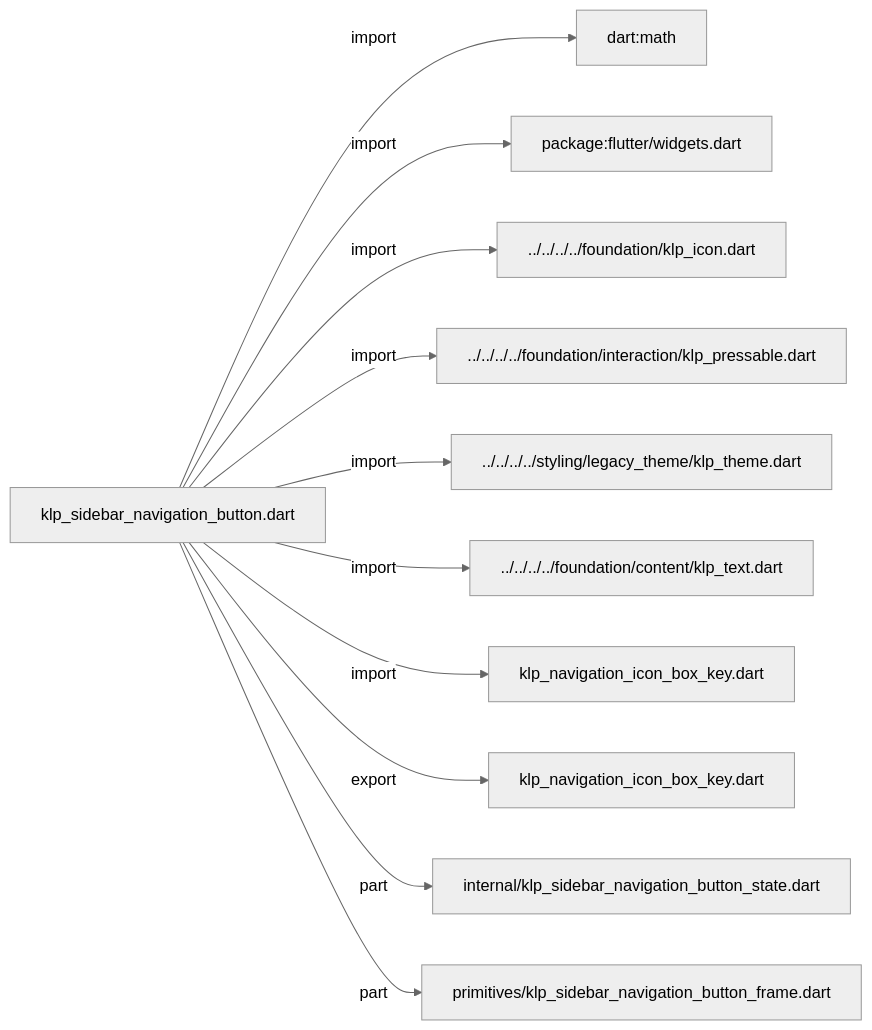
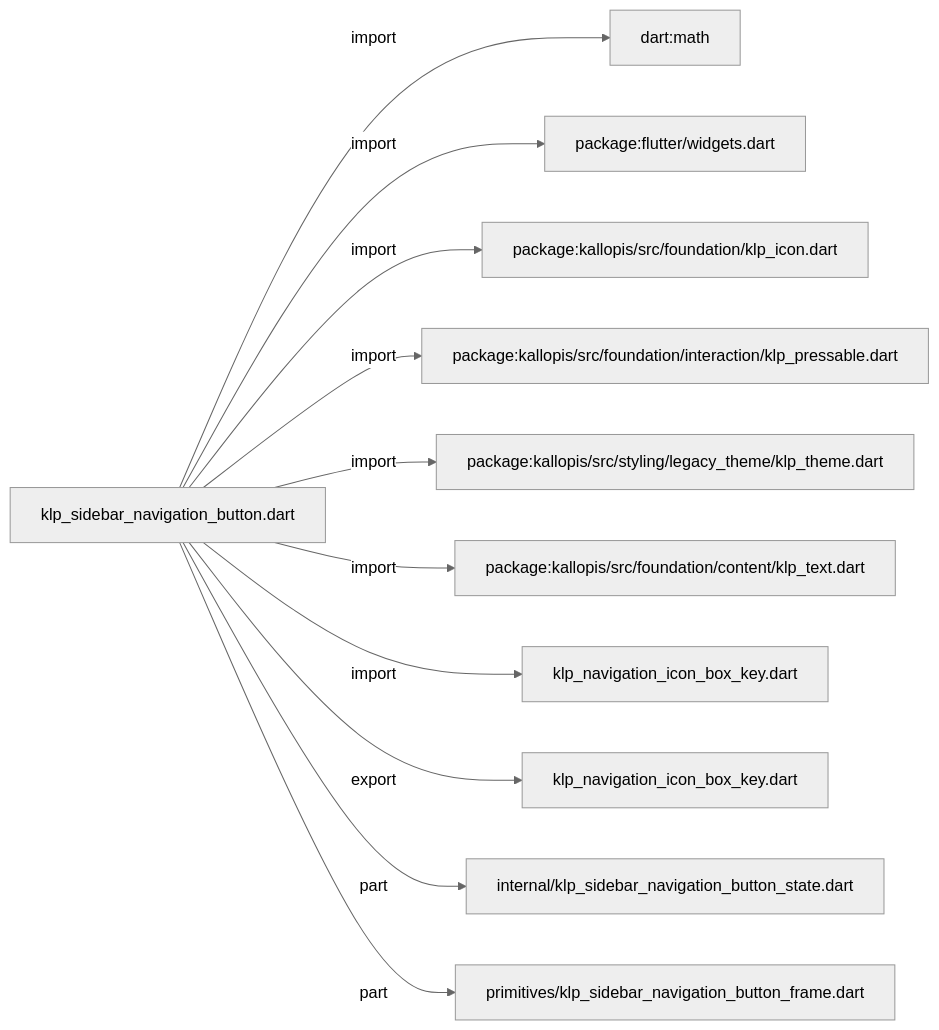
The first of 3 diagrams in docs/architecture/src/features/navigation/widgets/sidebar/klp_sidebar_navigation_button.md (MiuDog/Kallopis), drawn with Mermaid (neutral theme) before and after one commit. The commit also changed other lines of this file and 9688 other files, not shown here.

Commit message:
Prepare isolated Flow F2 peer baseline

````diff
--- a/docs/architecture/src/features/navigation/widgets/sidebar/klp_sidebar_navigation_button.md
+++ b/docs/architecture/src/features/navigation/widgets/sidebar/klp_sidebar_navigation_button.md
@@ -11,24 +11,24 @@
 ```mermaid
 flowchart LR
 	n0["klp_sidebar_navigation_button.dart"]
 	n1["dart:math"]
 	n2["package:flutter/widgets.dart"]
-	n3["../../../../foundation/klp_icon.dart"]
-	n4["../../../../foundation/interaction/klp_pressable.dart"]
-	n5["../../../../styling/legacy_theme/klp_theme.dart"]
-	n6["../../../../foundation/content/klp_text.dart"]
+	n3["package:kallopis/src/foundation/klp_icon.dart"]
+	n4["package:kallopis/src/foundation/interaction/klp_pressable.dart"]
+	n5["package:kallopis/src/styling/legacy_theme/klp_theme.dart"]
+	n6["package:kallopis/src/foundation/content/klp_text.dart"]
 	n7["klp_navigation_icon_box_key.dart"]
 	n8["klp_navigation_icon_box_key.dart"]
 	n9["internal/klp_sidebar_navigation_button_state.dart"]
 	n10["primitives/klp_sidebar_navigation_button_frame.dart"]
 	n0 -->|"import"| n1
 	n0 -->|"import"| n2
 	n0 -->|"import"| n3
 	n0 -->|"import"| n4
 	n0 -->|"import"| n5
 	n0 -->|"import"| n6
 	n0 -->|"import"| n7
 	n0 -->|"export"| n8
 	n0 -->|"part"| n9
 	n0 -->|"part"| n10
 ```
````
